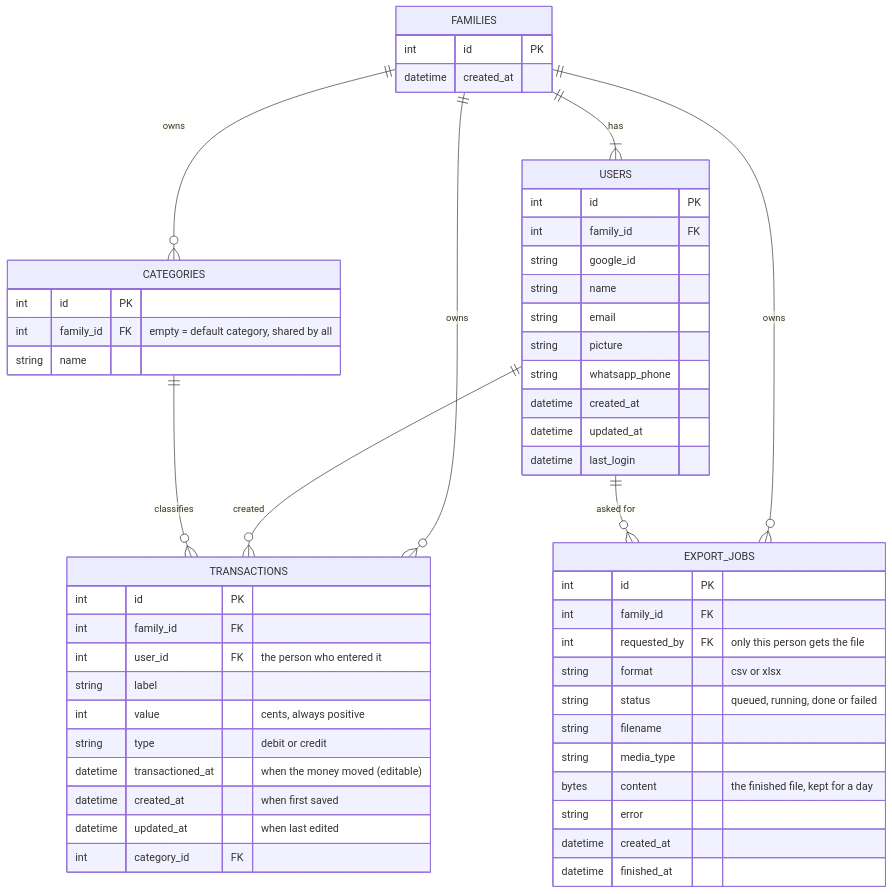
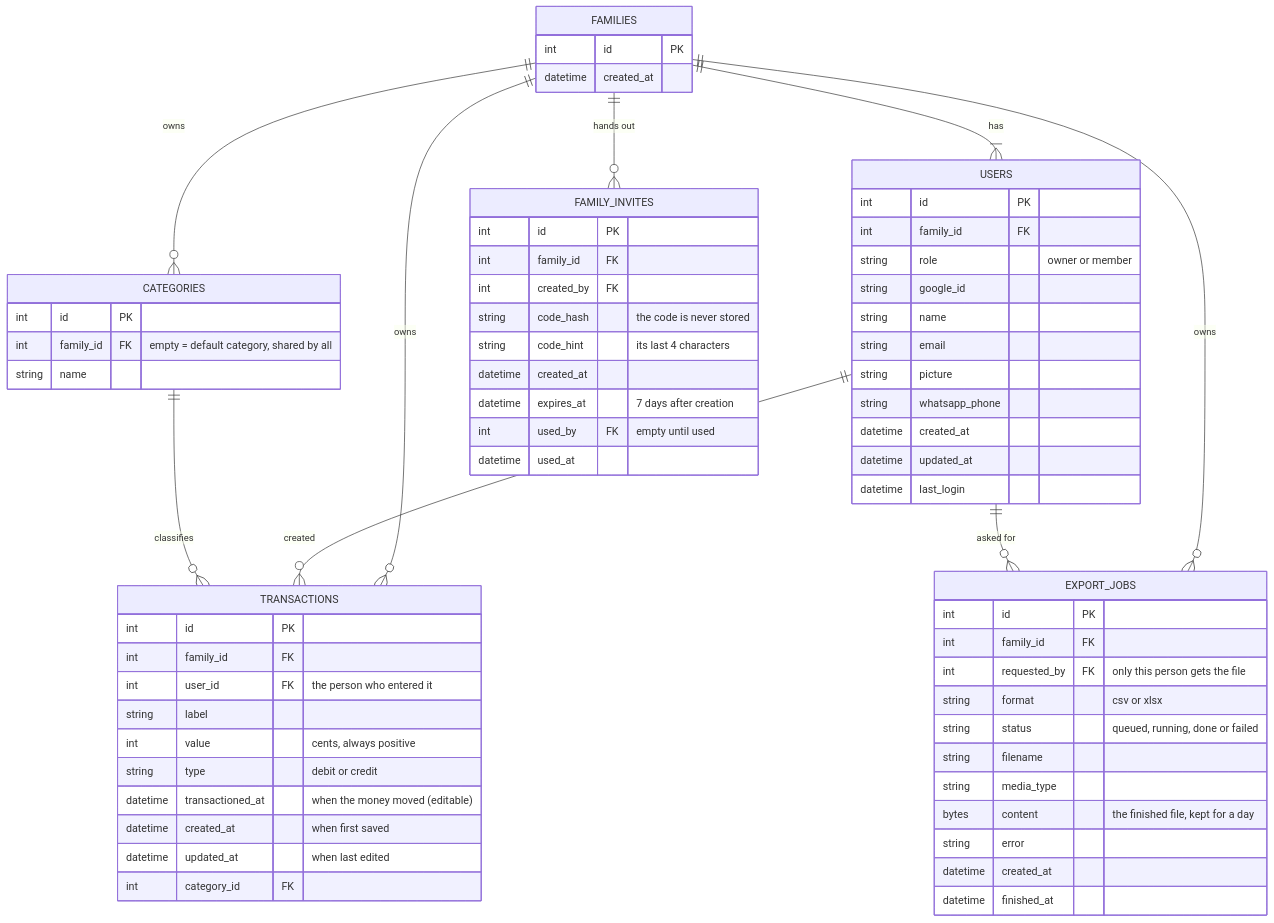
The second of 4 diagrams in docs/SYSTEM_DESIGN.md (lucabattesini/money-budget), drawn with Mermaid before and after one commit. The commit also changed other lines of this file, not shown here.

````diff
--- a/docs/SYSTEM_DESIGN.md
+++ b/docs/SYSTEM_DESIGN.md
@@ -189,58 +195,72 @@
 ```mermaid
 erDiagram
     FAMILIES {
         int id PK
         datetime created_at
     }
     USERS {
         int id PK
         int family_id FK
+        string role "owner or member"
         string google_id
         string name
         string email
         string picture
         string whatsapp_phone
         datetime created_at
         datetime updated_at
         datetime last_login
     }
     CATEGORIES {
         int id PK
         int family_id FK "empty = default category, shared by all"
         string name
     }
     TRANSACTIONS {
         int id PK
         int family_id FK
         int user_id FK "the person who entered it"
         string label
         int value "cents, always positive"
         string type "debit or credit"
         datetime transactioned_at "when the money moved (editable)"
         datetime created_at "when first saved"
         datetime updated_at "when last edited"
         int category_id FK
     }
 
+    FAMILY_INVITES {
+        int id PK
+        int family_id FK
+        int created_by FK
+        string code_hash "the code is never stored"
+        string code_hint "its last 4 characters"
+        datetime created_at
+        datetime expires_at "7 days after creation"
+        int used_by FK "empty until used"
+        datetime used_at
+    }
+
     EXPORT_JOBS {
         int id PK
         int family_id FK
         int requested_by FK "only this person gets the file"
         string format "csv or xlsx"
         string status "queued, running, done or failed"
         string filename
         string media_type
         bytes content "the finished file, kept for a day"
         string error
         datetime created_at
         datetime finished_at
     }
 
     FAMILIES ||--|{ USERS : "has"
     FAMILIES ||--o{ TRANSACTIONS : "owns"
     FAMILIES ||--o{ CATEGORIES : "owns"
     FAMILIES ||--o{ EXPORT_JOBS : "owns"
+    FAMILIES ||--o{ FAMILY_INVITES : "hands out"
     USERS ||--o{ TRANSACTIONS : "created"
     USERS ||--o{ EXPORT_JOBS : "asked for"
     CATEGORIES ||--o{ TRANSACTIONS : "classifies"
 ```
````
